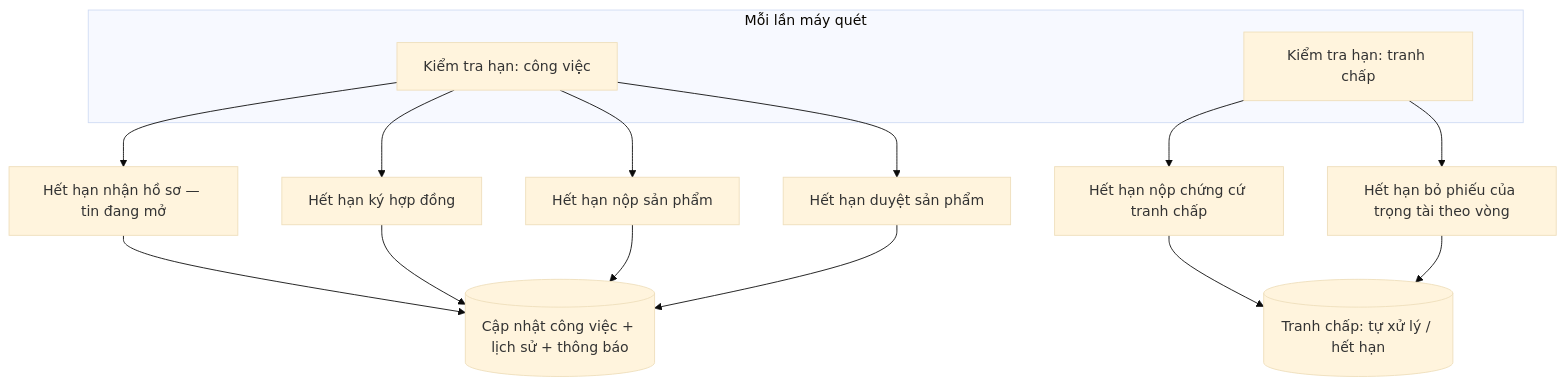
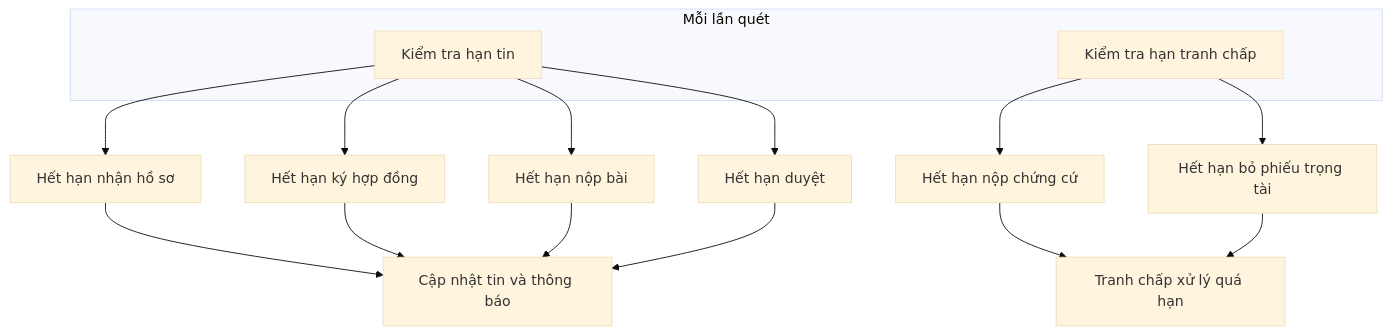
One commit to dmt041104111003/docs-nckh changed the first of 4 diagrams in system.md. Above: the diagram before and after it, drawn with Mermaid (base theme). The commit also changed other lines of this file and 8 other files, not shown here.

````diff
--- a/system.md
+++ b/system.md
@@ -11,19 +11,19 @@
 ```mermaid
 flowchart TD
-  subgraph tick[Mỗi lần máy quét]
-    A[Kiểm tra hạn: công việc]
-    B[Kiểm tra hạn: tranh chấp]
+  subgraph tick[Mỗi lần quét]
+    A[Kiểm tra hạn tin]
+    B[Kiểm tra hạn tranh chấp]
   end
-  A --> A1[Hết hạn nhận hồ sơ — tin đang mở]
+  A --> A1[Hết hạn nhận hồ sơ]
   A --> A2[Hết hạn ký hợp đồng]
-  A --> A3[Hết hạn nộp sản phẩm]
-  A --> A4[Hết hạn duyệt sản phẩm]
-  B --> B1[Hết hạn nộp chứng cứ tranh chấp]
-  B --> B2[Hết hạn bỏ phiếu của trọng tài theo vòng]
-  A1 --> C[(Cập nhật công việc + lịch sử + thông báo)]
+  A --> A3[Hết hạn nộp bài]
+  A --> A4[Hết hạn duyệt]
+  B --> B1[Hết hạn nộp chứng cứ]
+  B --> B2[Hết hạn bỏ phiếu trọng tài]
+  A1 --> C[Cập nhật tin và thông báo]
   A2 --> C
   A3 --> C
   A4 --> C
-  B1 --> D[(Tranh chấp: tự xử lý / hết hạn)]
+  B1 --> D[Tranh chấp xử lý quá hạn]
   B2 --> D
 ```
````
